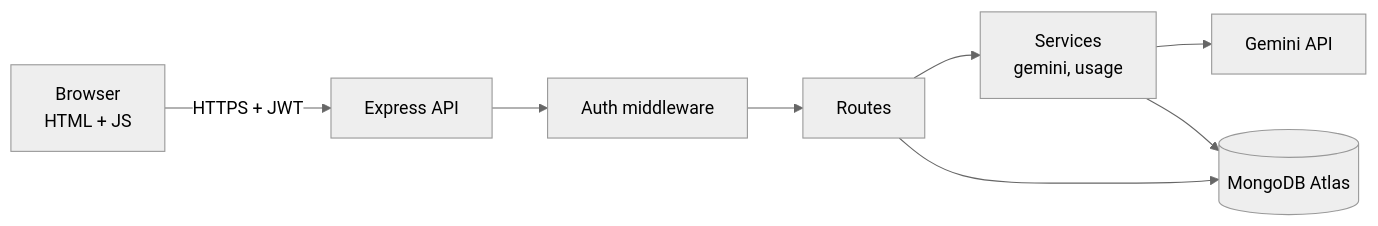
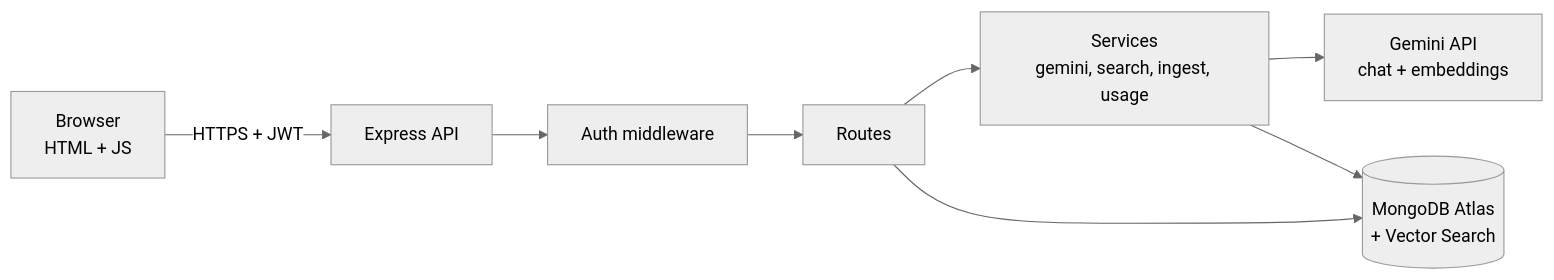
One commit to Milind300/docuchat changed the first of 4 diagrams in README.md. Above: the diagram before and after it, drawn with Mermaid (neutral theme). The commit also changed other lines of this file, not shown here.

Commit message:
Update README with documents, vector search and delete API

````diff
--- a/README.md
+++ b/README.md
@@ -49,10 +59,10 @@
 ```mermaid
 flowchart LR
   B["Browser<br/>HTML + JS"] -->|HTTPS + JWT| E["Express API"]
   E --> M["Auth middleware"]
   M --> R["Routes"]
-  R --> S["Services<br/>gemini, usage"]
-  R --> D[("MongoDB Atlas")]
-  S --> G["Gemini API"]
+  R --> S["Services<br/>gemini, search, ingest, usage"]
+  R --> D[("MongoDB Atlas<br/>+ Vector Search")]
+  S --> G["Gemini API<br/>chat + embeddings"]
   S --> D
 ```
````
